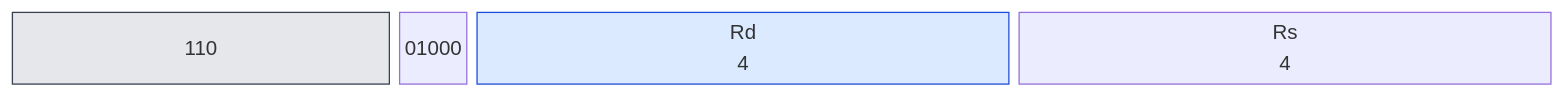
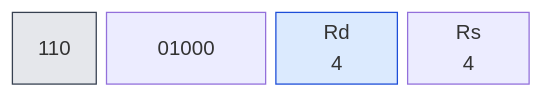
Before and after one commit to olfp/Deep16: diagram 20 of 32 in book/kap03.md, drawn with Mermaid. The commit also changed other lines of this file and 1 other file, not shown here.

Commit message:
book(kap03): alle 32 Befehlsdiagramme auf 31-Spalten-Layout normiert

````diff
--- a/book/kap03.md
+++ b/book/kap03.md
@@ -655,16 +655,16 @@
 ```mermaid
 block-beta
   columns 31
   classDef op fill:#e5e7eb,stroke:#374151
   classDef reg fill:#dbeafe,stroke:#1d4ed8
   classDef imm fill:#fef3c7,stroke:#b45309
   classDef off fill:#dcfce7,stroke:#15803d
   classDef seg fill:#ede9fe,stroke:#6d28d9
   classDef all fill:#fee2e2,stroke:#b91c1c
   b0["110"]:5
-  b1["01000"]:1
+  b1["01000"]:9
   b2["Rd<br/>4"]:7
   b3["Rs<br/>4"]:7
   class b0 b1 op
   class b2 b3 reg
 ```
````
